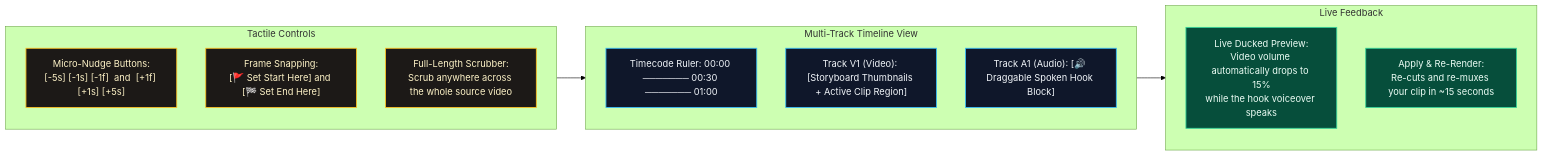
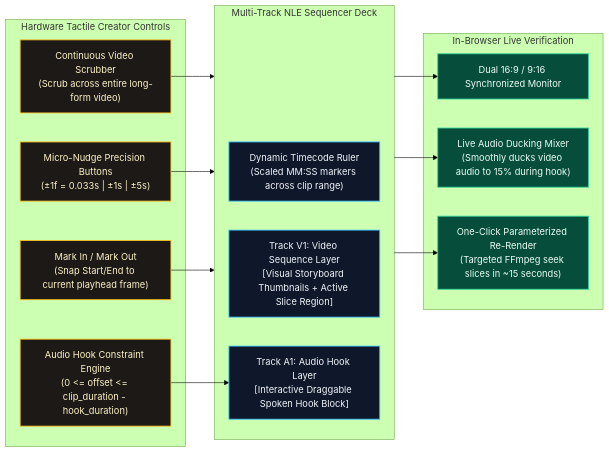
One commit to DivyamJoshi2005/Alfred changed the fifth of 9 diagrams in README.md. Above: the diagram before and after it, drawn with Mermaid (forest theme). The commit also changed other lines of this file and 1 other file, not shown here.

Commit message:
docs: enrich READMEs with complete technical depth, clear human explanations, and styled Mermaid diagrams

````diff
--- a/README.md
+++ b/README.md
@@ -177,26 +350,33 @@
 ```mermaid
 flowchart LR
     classDef track fill:#0f172a,stroke:#38bdf8,stroke-width:1.5px,color:#f1f5f9;
-    classDef action fill:#1c1917,stroke:#fbbf24,stroke-width:1.5px,color:#fef3c7;
+    classDef control fill:#1c1917,stroke:#fbbf24,stroke-width:1.5px,color:#fef3c7;
     classDef monitor fill:#064e3b,stroke:#34d399,stroke-width:1.5px,color:#ecfdf5;
 
-    subgraph Sequencer ["Multi-Track Timeline View"]
-        T_Ruler["Timecode Ruler: 00:00 ─────── 00:30 ─────── 01:00"]:::track
-        T_V1["Track V1 (Video): [Storyboard Thumbnails + Active Clip Region]"]:::track
-        T_A1["Track A1 (Audio): [🔊 Draggable Spoken Hook Block]"]:::track
+    subgraph TimelineDeck ["Multi-Track NLE Sequencer Deck"]
+        Ruler["Dynamic Timecode Ruler\n(Scaled MM:SS markers across clip range)"]:::track
+        TrackV1["Track V1: Video Sequence Layer\n[Visual Storyboard Thumbnails + Active Slice Region]"]:::track
+        TrackA1["Track A1: Audio Hook Layer\n[Interactive Draggable Spoken Hook Block]"]:::track
     end
 
-    subgraph Controls ["Tactile Controls"]
-        Nudge["Micro-Nudge Buttons:\n[-5s] [-1s] [-1f]  and  [+1f] [+1s] [+5s]"]:::action
-        Snap["Frame Snapping:\n[🚩 Set Start Here] and [🏁 Set End Here]"]:::action
-        Scrub["Full-Length Scrubber:\nScrub anywhere across the whole source video"]:::action
+    subgraph Controls ["Hardware Tactile Creator Controls"]
+        Scrub["Continuous Video Scrubber\n(Scrub across entire long-form video)"]:::control
+        MicroNudge["Micro-Nudge Precision Buttons\n(±1f = 0.033s | ±1s | ±5s)"]:::control
+        Snapping["Mark In / Mark Out\n(Snap Start/End to current playhead frame)"]:::control
+        ConstrainedDrag["Audio Hook Constraint Engine\n(0 <= offset <= clip_duration - hook_duration)"]:::control
     end
 
-    subgraph Feedback ["Live Feedback"]
-        LiveAudio["Live Ducked Preview:\nVideo volume automatically drops to 15%\nwhile the hook voiceover speaks"]:::monitor
-        OneClick["Apply & Re-Render:\nRe-cuts and re-muxes your clip in ~15 seconds"]:::monitor
+    subgraph MonitorEngine ["In-Browser Live Verification"]
+        DualMonitor["Dual 16:9 / 9:16 Synchronized Monitor"]:::monitor
+        LiveDucking["Live Audio Ducking Mixer\n(Smoothly ducks video audio to 15% during hook)"]:::monitor
+        FastRerender["One-Click Parameterized Re-Render\n(Targeted FFmpeg seek slices in ~15 seconds)"]:::monitor
     end
 
-    Controls --> Sequencer
-    Sequencer --> Feedback
+    Scrub --> TimelineDeck
+    MicroNudge --> TimelineDeck
+    Snapping --> TimelineDeck
+    ConstrainedDrag --> TrackA1
+    TimelineDeck --> DualMonitor
+    TimelineDeck --> LiveDucking
+    TimelineDeck --> FastRerender
 ```
````
